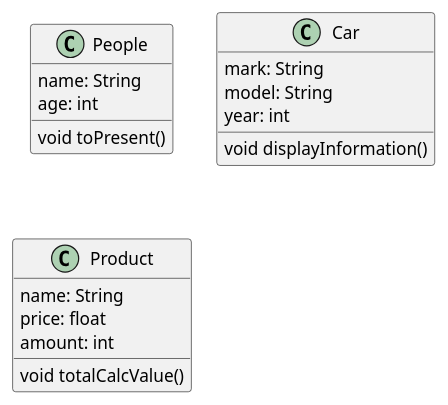
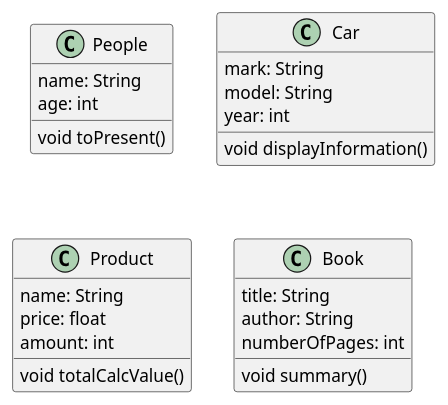
Before and after one commit to vicentejuniordev/poo-java: the diagram in exercise-list-four/docs/Classes.pu, drawn with PlantUML. The commit also changed 4 other files, not shown here.

```diff
--- a/exercise-list-four/docs/Classes.pu
+++ b/exercise-list-four/docs/Classes.pu
@@ -1,27 +1,34 @@
 @startuml List-Four
 
 class People{
     name: String
     age: int
 
     void toPresent()
 }
 
 class Car{
     mark: String
     model: String
     year: int
 
     void displayInformation()
 }
 
 class Product{
     name: String
     price: float
     amount: int
 
     void totalCalcValue()
 }
 
+class Book {
+    title: String
+    author: String
+    numberOfPages: int
+
+    void summary()
+}
 
 @enduml
```
